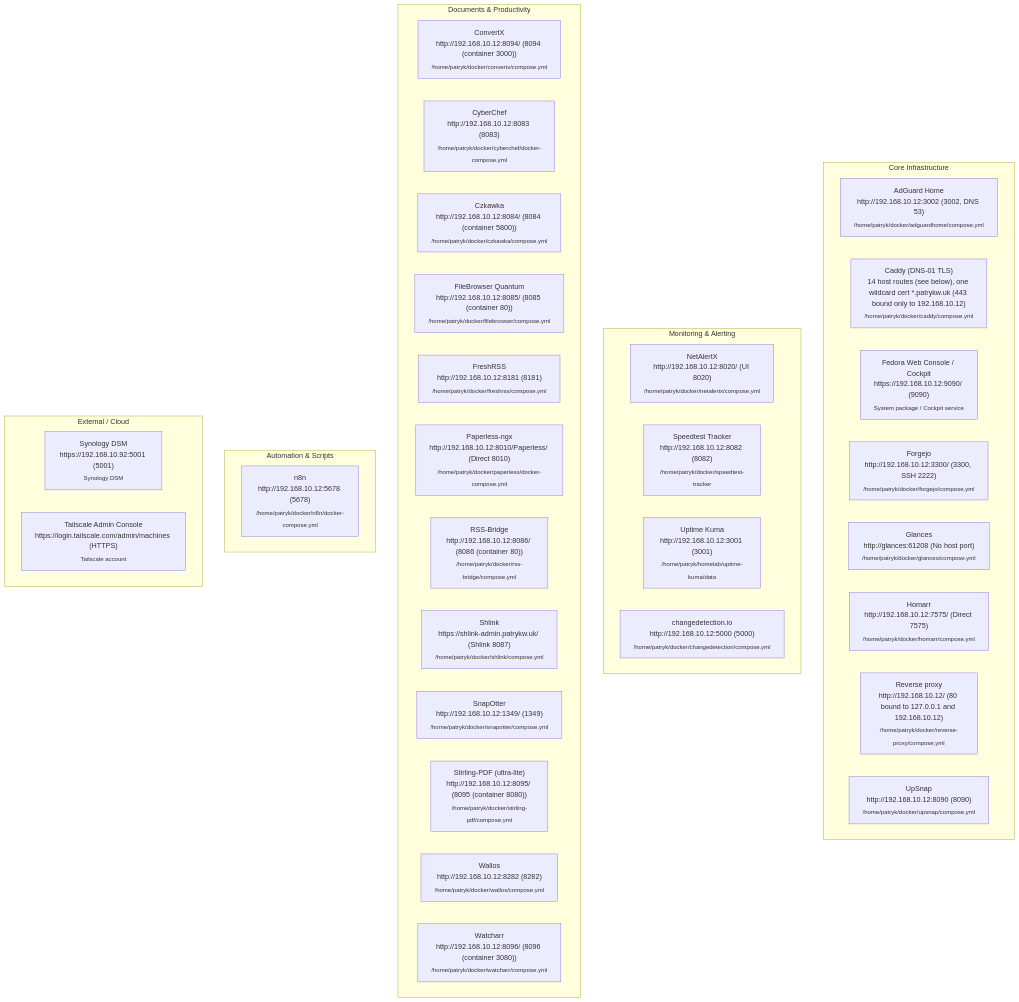
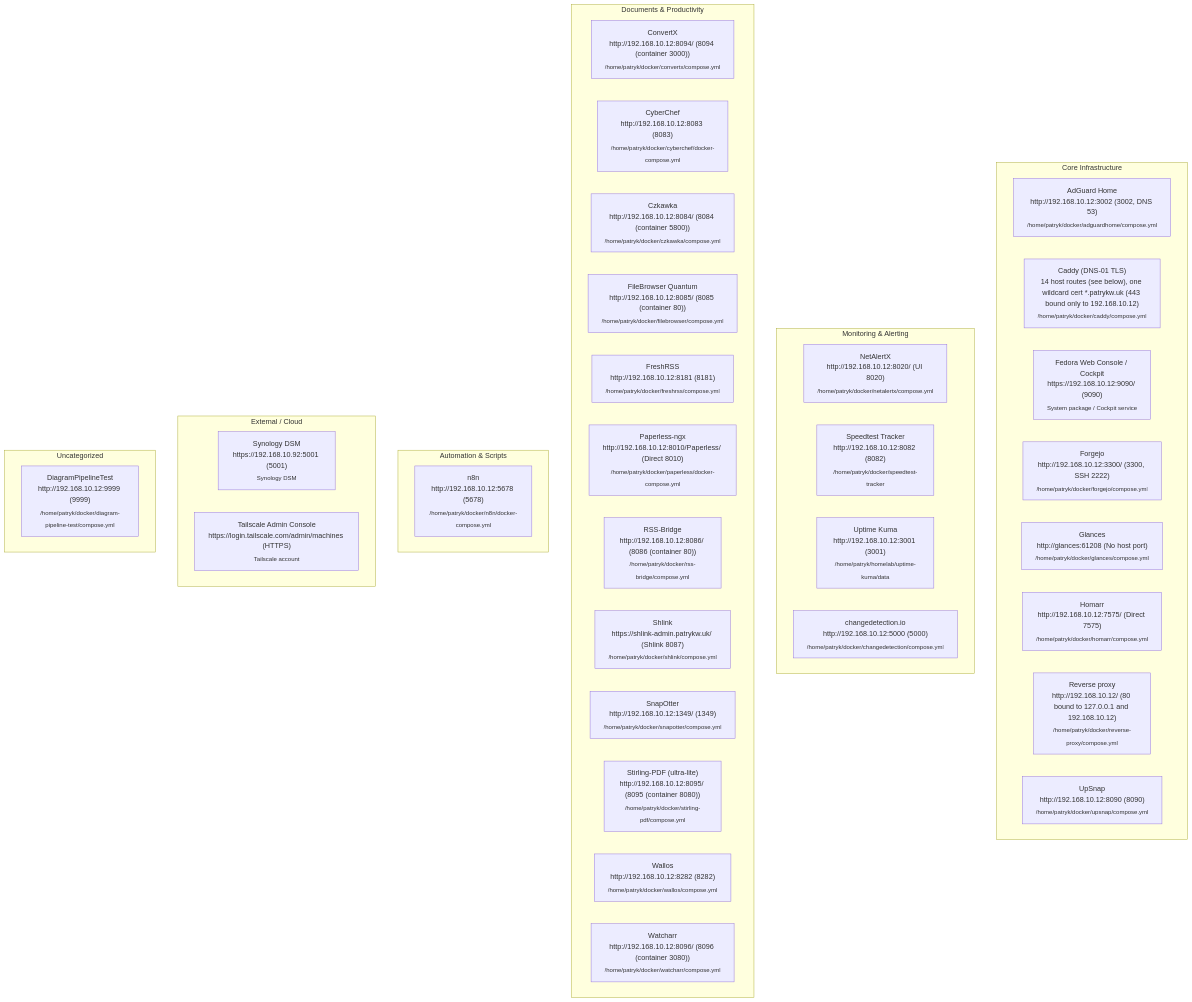
Before and after one commit to patryk-homelab/homelab-docs-public: the diagram in diagrams/minipc.md, drawn with Mermaid.

Commit message:
Snapshot 2026-07-31T12:09:01Z

````diff
--- a/diagrams/minipc.md
+++ b/diagrams/minipc.md
@@ -5,40 +5,43 @@
 ```mermaid
 flowchart TB
   subgraph core_infra["Core Infrastructure"]
     core_infra_adguard_home["AdGuard Home<br/>http://192.168.10.12:3002 (3002, DNS 53)<br/><sub>/home/patryk/docker/adguardhome/compose.yml</sub>"]
     core_infra_caddy_dns_01_tls["Caddy (DNS-01 TLS)<br/>14 host routes (see below), one wildcard cert *.patrykw.uk (443 bound only to 192.168.10.12)<br/><sub>/home/patryk/docker/caddy/compose.yml</sub>"]
     core_infra_fedora_web_console_cockpit["Fedora Web Console / Cockpit<br/>https://192.168.10.12:9090/ (9090)<br/><sub>System package / Cockpit service</sub>"]
     core_infra_forgejo["Forgejo<br/>http://192.168.10.12:3300/ (3300, SSH 2222)<br/><sub>/home/patryk/docker/forgejo/compose.yml</sub>"]
     core_infra_glances["Glances<br/>http://glances:61208 (No host port)<br/><sub>/home/patryk/docker/glances/compose.yml</sub>"]
     core_infra_homarr["Homarr<br/>http://192.168.10.12:7575/ (Direct 7575)<br/><sub>/home/patryk/docker/homarr/compose.yml</sub>"]
     core_infra_reverse_proxy["Reverse proxy<br/>http://192.168.10.12/ (80 bound to 127.0.0.1 and 192.168.10.12)<br/><sub>/home/patryk/docker/reverse-proxy/compose.yml</sub>"]
     core_infra_upsnap["UpSnap<br/>http://192.168.10.12:8090 (8090)<br/><sub>/home/patryk/docker/upsnap/compose.yml</sub>"]
   end
   subgraph monitoring["Monitoring & Alerting"]
     monitoring_netalertx["NetAlertX<br/>http://192.168.10.12:8020/ (UI 8020)<br/><sub>/home/patryk/docker/netalertx/compose.yml</sub>"]
     monitoring_speedtest_tracker["Speedtest Tracker<br/>http://192.168.10.12:8082 (8082)<br/><sub>/home/patryk/docker/speedtest-tracker</sub>"]
     monitoring_uptime_kuma["Uptime Kuma<br/>http://192.168.10.12:3001 (3001)<br/><sub>/home/patryk/homelab/uptime-kuma/data</sub>"]
     monitoring_changedetection_io["changedetection.io<br/>http://192.168.10.12:5000 (5000)<br/><sub>/home/patryk/docker/changedetection/compose.yml</sub>"]
   end
   subgraph docs_productivity["Documents & Productivity"]
     docs_productivity_convertx["ConvertX<br/>http://192.168.10.12:8094/ (8094 (container 3000))<br/><sub>/home/patryk/docker/convertx/compose.yml</sub>"]
     docs_productivity_cyberchef["CyberChef<br/>http://192.168.10.12:8083 (8083)<br/><sub>/home/patryk/docker/cyberchef/docker-compose.yml</sub>"]
     docs_productivity_czkawka["Czkawka<br/>http://192.168.10.12:8084/ (8084 (container 5800))<br/><sub>/home/patryk/docker/czkawka/compose.yml</sub>"]
     docs_productivity_filebrowser_quantum["FileBrowser Quantum<br/>http://192.168.10.12:8085/ (8085 (container 80))<br/><sub>/home/patryk/docker/filebrowser/compose.yml</sub>"]
     docs_productivity_freshrss["FreshRSS<br/>http://192.168.10.12:8181 (8181)<br/><sub>/home/patryk/docker/freshrss/compose.yml</sub>"]
     docs_productivity_paperless_ngx["Paperless-ngx<br/>http://192.168.10.12:8010/Paperless/ (Direct 8010)<br/><sub>/home/patryk/docker/paperless/docker-compose.yml</sub>"]
     docs_productivity_rss_bridge["RSS-Bridge<br/>http://192.168.10.12:8086/ (8086 (container 80))<br/><sub>/home/patryk/docker/rss-bridge/compose.yml</sub>"]
     docs_productivity_shlink["Shlink<br/>https://shlink-admin.patrykw.uk/ (Shlink 8087)<br/><sub>/home/patryk/docker/shlink/compose.yml</sub>"]
     docs_productivity_snapotter["SnapOtter<br/>http://192.168.10.12:1349/ (1349)<br/><sub>/home/patryk/docker/snapotter/compose.yml</sub>"]
     docs_productivity_stirling_pdf_ultra_lite["Stirling-PDF (ultra-lite)<br/>http://192.168.10.12:8095/ (8095 (container 8080))<br/><sub>/home/patryk/docker/stirling-pdf/compose.yml</sub>"]
     docs_productivity_wallos["Wallos<br/>http://192.168.10.12:8282 (8282)<br/><sub>/home/patryk/docker/wallos/compose.yml</sub>"]
     docs_productivity_watcharr["Watcharr<br/>http://192.168.10.12:8096/ (8096 (container 3080))<br/><sub>/home/patryk/docker/watcharr/compose.yml</sub>"]
   end
   subgraph automation["Automation & Scripts"]
     automation_n8n["n8n<br/>http://192.168.10.12:5678 (5678)<br/><sub>/home/patryk/docker/n8n/docker-compose.yml</sub>"]
   end
   subgraph external["External / Cloud"]
     external_synology_dsm["Synology DSM<br/>https://192.168.10.92:5001 (5001)<br/><sub>Synology DSM</sub>"]
     external_tailscale_admin_console["Tailscale Admin Console<br/>https://login.tailscale.com/admin/machines (HTTPS)<br/><sub>Tailscale account</sub>"]
   end
+  subgraph uncategorized["Uncategorized"]
+    uncategorized_diagrampipelinetest["DiagramPipelineTest<br/>http://192.168.10.12:9999 (9999)<br/><sub>/home/patryk/docker/diagram-pipeline-test/compose.yml</sub>"]
+  end
 ```
````
